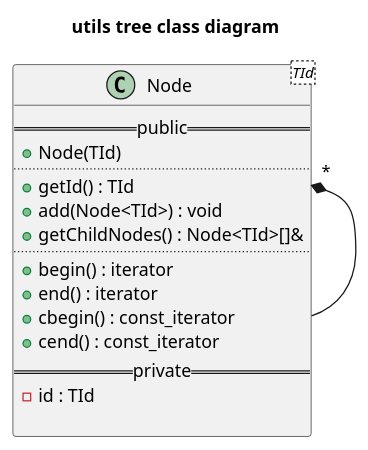
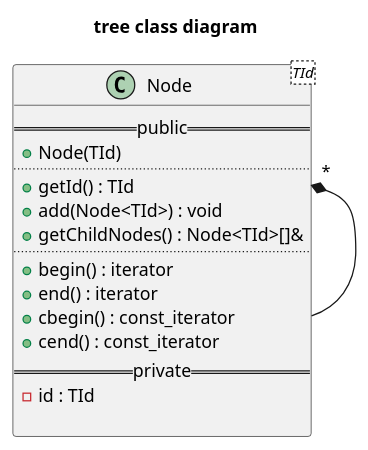
One commit to kfpgk/cpp-data-structures changed the diagram in cpp-data-structures/tree/doc/class.puml. Above: the diagram before and after it, drawn with PlantUML. The commit also changed 2 other files, not shown here.

```diff
--- a/cpp-data-structures/tree/doc/class.puml
+++ b/cpp-data-structures/tree/doc/class.puml
@@ -1,24 +1,24 @@
-@startuml utils-tree-class-diagram
+@startuml tree-class-diagram
 
-title utils tree class diagram
+title tree class diagram
 
 class Node<TId> {
     == public ==
     + Node(TId)
     ..
     + getId() : TId
     + add(Node<TId>) : void
     + getChildNodes() : Node<TId>[]&
     ..
     + begin() : iterator
     + end() : iterator
     + cbegin() : const_iterator
     + cend() : const_iterator
     == private ==
     - id : TId
 
 }
 
 Node "*" *-- Node
 
 @enduml
```
